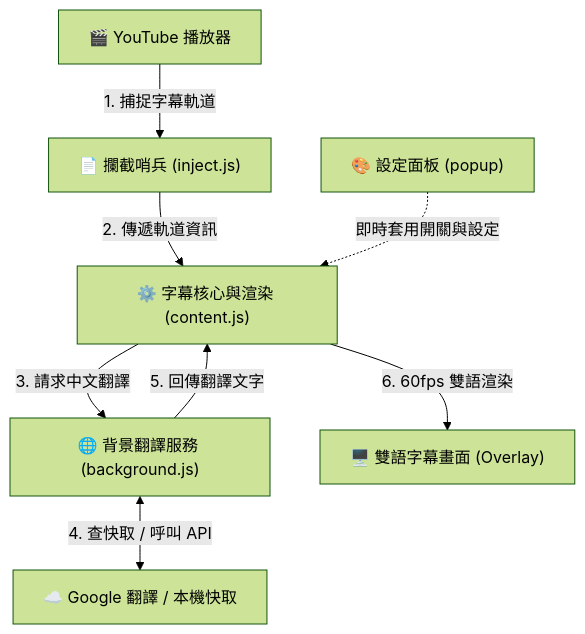
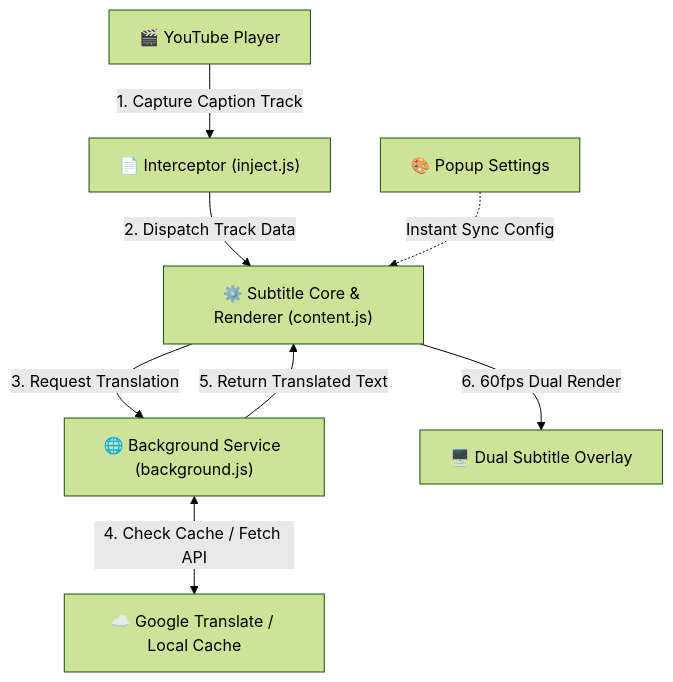
Before and after one commit to 21317389/youtube-dual-subtitles: the diagram in README.md, drawn with Mermaid (forest theme). The commit also changed other lines of this file and 1 other file, not shown here.

````diff
--- a/README.md
+++ b/README.md
@@ -76,11 +84,11 @@
 ```mermaid
 flowchart TD
-    A["🎬 YouTube 播放器"] -->|"1. 捕捉字幕軌道"| B["📄 攔截哨兵 (inject.js)"]
-    B -->|"2. 傳遞軌道資訊"| C["⚙️ 字幕核心與渲染 (content.js)"]
-    C -->|"3. 請求中文翻譯"| D["🌐 背景翻譯服務 (background.js)"]
-    D <-->|"4. 查快取 / 呼叫 API"| E["☁️ Google 翻譯 / 本機快取"]
-    D -->|"5. 回傳翻譯文字"| C
-    C -->|"6. 60fps 雙語渲染"| F["🖥️ 雙語字幕畫面 (Overlay)"]
+    A["🎬 YouTube Player"] -->|"1. Capture Caption Track"| B["📄 Interceptor (inject.js)"]
+    B -->|"2. Dispatch Track Data"| C["⚙️ Subtitle Core & Renderer (content.js)"]
+    C -->|"3. Request Translation"| D["🌐 Background Service (background.js)"]
+    D <-->|"4. Check Cache / Fetch API"| E["☁️ Google Translate / Local Cache"]
+    D -->|"5. Return Translated Text"| C
+    C -->|"6. 60fps Dual Render"| F["🖥️ Dual Subtitle Overlay"]
     
-    G["🎨 設定面板 (popup)"] -.->|"即時套用開關與設定"| C
+    G["🎨 Popup Settings"] -.->|"Instant Sync Config"| C
 ```
````
